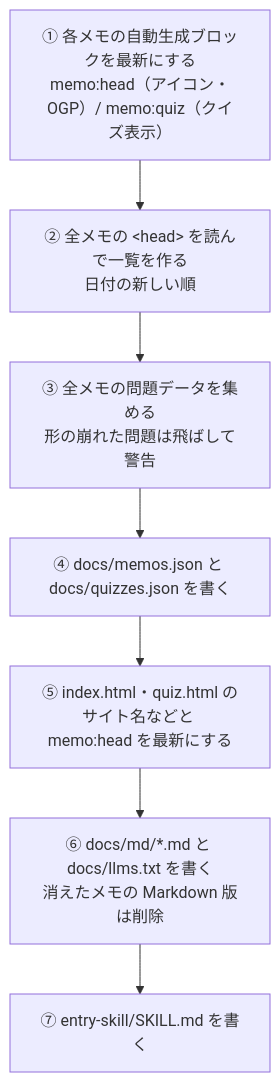
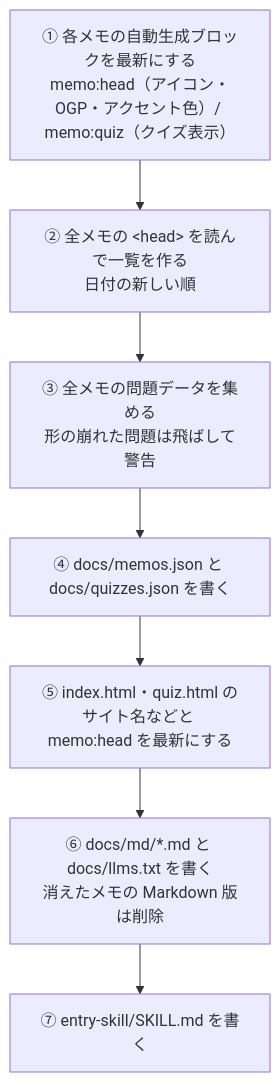
One commit to taka1156/memo changed the fourth of 8 diagrams in memo-detail.md. Above: the diagram before and after it, drawn with Mermaid. The commit also changed other lines of this file and 84 other files, not shown here.

Commit message:
仕組みを memo-kit と同じ構成に揃える（アイコン・OGP 画像は今のまま）

````diff
--- a/memo-detail.md
+++ b/memo-detail.md
@@ -238,11 +239,11 @@
 ```mermaid
 flowchart TB
-  s1["① 各メモの自動生成ブロックを最新にする<br/>memo:head（アイコン・OGP）/ memo:quiz（クイズ表示）"]
+  s1["① 各メモの自動生成ブロックを最新にする<br/>memo:head（アイコン・OGP・アクセント色）/ memo:quiz（クイズ表示）"]
   s2["② 全メモの &lt;head&gt; を読んで一覧を作る<br/>日付の新しい順"]
   s3["③ 全メモの問題データを集める<br/>形の崩れた問題は飛ばして警告"]
   s4["④ docs/memos.json と docs/quizzes.json を書く"]
   s5["⑤ index.html・quiz.html のサイト名などと memo:head を最新にする"]
   s6["⑥ docs/md/*.md と docs/llms.txt を書く<br/>消えたメモの Markdown 版は削除"]
   s7["⑦ entry-skill/SKILL.md を書く"]
   s1 --> s2 --> s3 --> s4 --> s5 --> s6 --> s7
 ```
````
